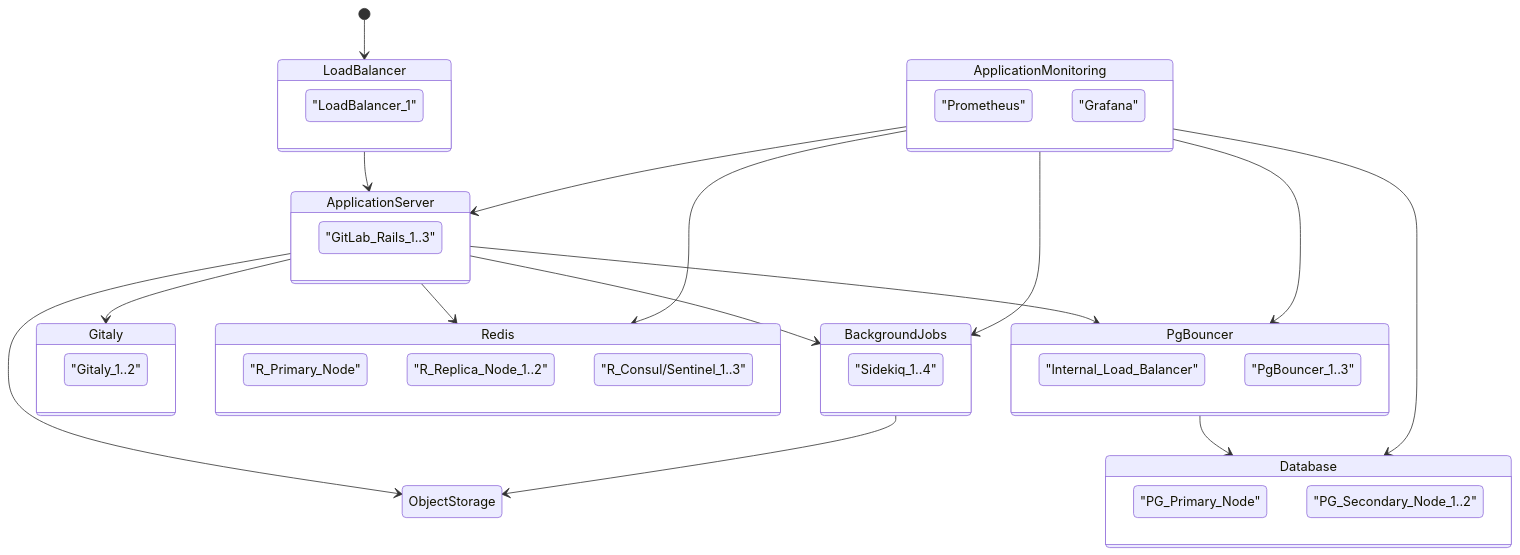
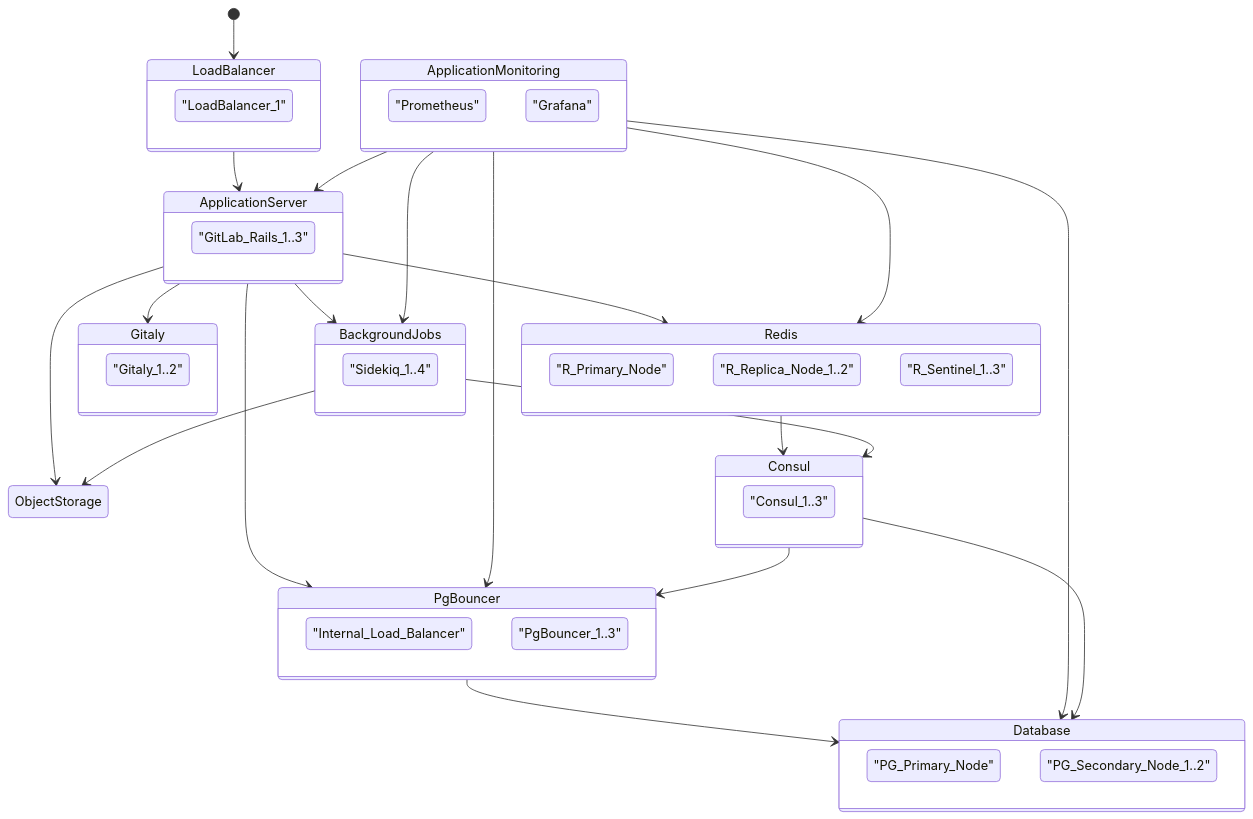
One commit to nickbrandt/GitLab changed the diagram in doc/administration/reference_architectures/5k_users.md. Above: the diagram before and after it, drawn with Mermaid.

Commit message:
Update 5k ref. architecture diagram

````diff
--- a/doc/administration/reference_architectures/5k_users.md
+++ b/doc/administration/reference_architectures/5k_users.md
@@ -40,56 +40,65 @@
 ```mermaid
 stateDiagram-v2
     [*] --> LoadBalancer
     LoadBalancer --> ApplicationServer
 
     ApplicationServer --> BackgroundJobs
     ApplicationServer --> Gitaly
     ApplicationServer --> Redis
     ApplicationServer --> PgBouncer
     PgBouncer --> Database
     ApplicationServer --> ObjectStorage
     BackgroundJobs --> ObjectStorage
 
     ApplicationMonitoring -->ApplicationServer
     ApplicationMonitoring -->Redis
     ApplicationMonitoring -->PgBouncer
     ApplicationMonitoring -->Database
     ApplicationMonitoring -->BackgroundJobs
 
+    Consul --> Database
+    Consul --> PgBouncer
+    Redis --> Consul
+    BackgroundJobs --> Consul
+
     state Database {
       "PG_Primary_Node"
       "PG_Secondary_Node_1..2"
     }
+
+    state Consul {
+      "Consul_1..3"
+    }
+
     state Redis {
       "R_Primary_Node"
       "R_Replica_Node_1..2"
-      "R_Consul/Sentinel_1..3"
+      "R_Sentinel_1..3"
     }
 
     state Gitaly {
       "Gitaly_1..2"
     }
 
     state BackgroundJobs {
       "Sidekiq_1..4"
     }
 
     state ApplicationServer {
       "GitLab_Rails_1..3"
     }
 
     state LoadBalancer {
       "LoadBalancer_1"
     }
 
     state ApplicationMonitoring {
       "Prometheus"
       "Grafana"
     }
 
     state PgBouncer {
       "Internal_Load_Balancer"
       "PgBouncer_1..3"
-
     }
 ```
````
